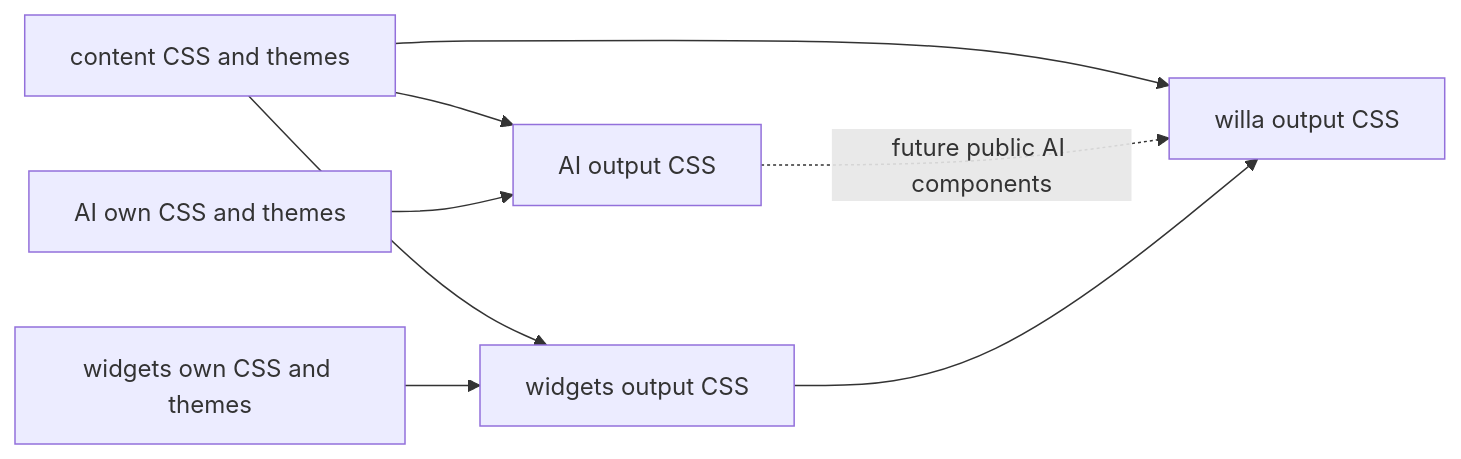
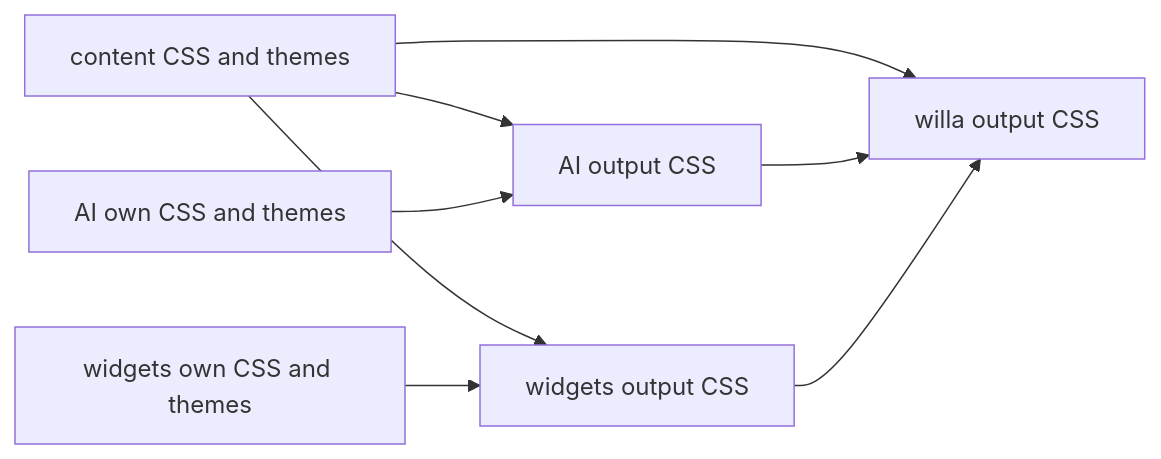
The third of 4 diagrams in docs/architecture.md (imtaotao/willa), drawn with Mermaid before and after one commit. The commit also changed other lines of this file and 18 other files, not shown here.

````diff
--- a/docs/architecture.md
+++ b/docs/architecture.md
@@ -209,17 +206,17 @@
 ```mermaid
 flowchart LR
   contentCss["content CSS and themes"]
   aiOwn["AI own CSS and themes"]
   aiCss["AI output CSS"]
   widgetsOwn["widgets own CSS and themes"]
   widgetsCss["widgets output CSS"]
   willaCss["willa output CSS"]
 
   contentCss --> aiCss
   aiOwn --> aiCss
   contentCss --> widgetsCss
   widgetsOwn --> widgetsCss
   contentCss --> willaCss
-  aiCss -. future public AI components .-> willaCss
+  aiCss --> willaCss
   widgetsCss --> willaCss
 ```
````
